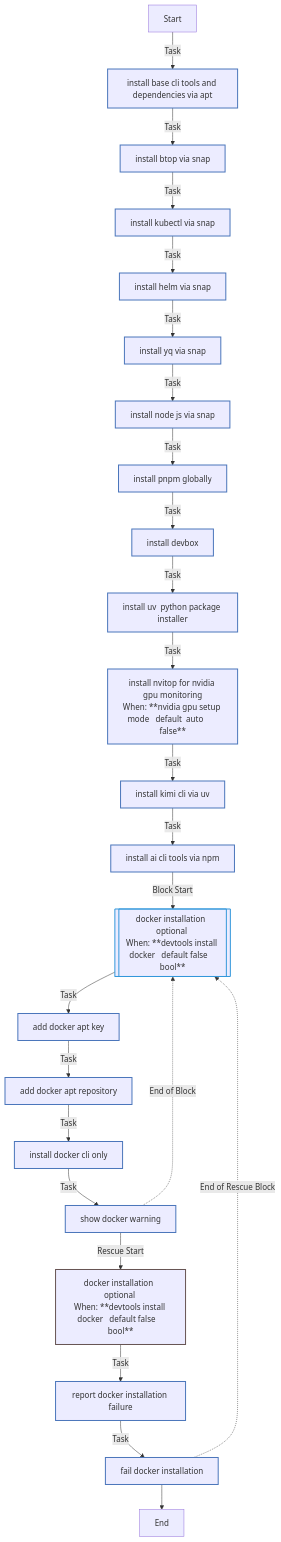
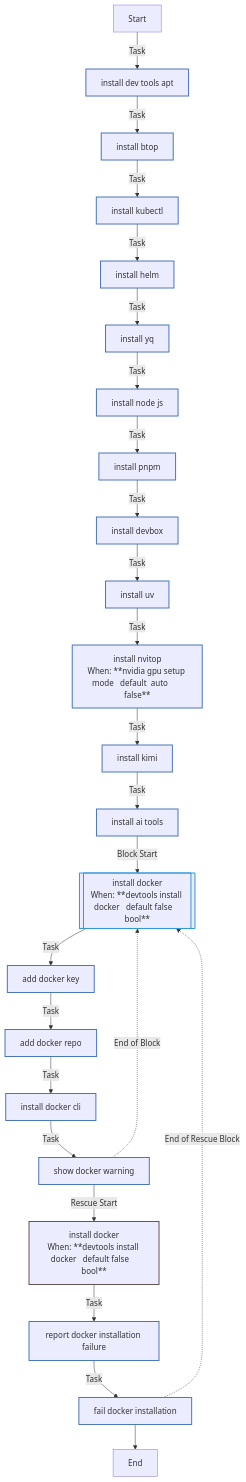
One commit to rou-cru/k3s-homelab changed the diagram in roles/developer_tools/README.md. Above: the diagram before and after it, drawn with Mermaid. The commit also changed other lines of this file and 16 other files, not shown here.

````diff
--- a/roles/developer_tools/README.md
+++ b/roles/developer_tools/README.md
@@ -100,36 +100,36 @@
 ```mermaid
 flowchart TD
 Start
 classDef block stroke:#3498db,stroke-width:2px;
 classDef task stroke:#4b76bb,stroke-width:2px;
 classDef includeTasks stroke:#16a085,stroke-width:2px;
 classDef importTasks stroke:#34495e,stroke-width:2px;
 classDef includeRole stroke:#2980b9,stroke-width:2px;
 classDef importRole stroke:#699ba7,stroke-width:2px;
 classDef includeVars stroke:#8e44ad,stroke-width:2px;
 classDef rescue stroke:#665352,stroke-width:2px;
 
-  Start-->|Task| Install_base_CLI_tools_and_dependencies_via_APT0[install base cli tools and dependencies via apt]:::task
-  Install_base_CLI_tools_and_dependencies_via_APT0-->|Task| Install_btop_via_snap1[install btop via snap]:::task
-  Install_btop_via_snap1-->|Task| Install_kubectl_via_snap2[install kubectl via snap]:::task
-  Install_kubectl_via_snap2-->|Task| Install_Helm_via_snap3[install helm via snap]:::task
-  Install_Helm_via_snap3-->|Task| Install_yq_via_snap4[install yq via snap]:::task
-  Install_yq_via_snap4-->|Task| Install_Node_js_via_snap5[install node js via snap]:::task
-  Install_Node_js_via_snap5-->|Task| Install_pnpm_globally6[install pnpm globally]:::task
-  Install_pnpm_globally6-->|Task| Install_Devbox7[install devbox]:::task
-  Install_Devbox7-->|Task| Install_uv__Python_package_installer_8[install uv  python package installer ]:::task
-  Install_uv__Python_package_installer_8-->|Task| Install_nvitop_for_NVIDIA_GPU_monitoring9[install nvitop for nvidia gpu monitoring<br>When: **nvidia gpu setup mode   default  auto       false**]:::task
-  Install_nvitop_for_NVIDIA_GPU_monitoring9-->|Task| Install_Kimi_CLI_via_uv10[install kimi cli via uv]:::task
-  Install_Kimi_CLI_via_uv10-->|Task| Install_AI_CLI_tools_via_npm11[install ai cli tools via npm]:::task
-  Install_AI_CLI_tools_via_npm11-->|Block Start| Docker_installation__optional_12_block_start_0[[docker installation  optional <br>When: **devtools install docker   default false    bool**]]:::block
-  Docker_installation__optional_12_block_start_0-->|Task| Add_Docker_APT_key0[add docker apt key]:::task
-  Add_Docker_APT_key0-->|Task| Add_Docker_APT_repository1[add docker apt repository]:::task
-  Add_Docker_APT_repository1-->|Task| Install_Docker_CLI_only2[install docker cli only]:::task
-  Install_Docker_CLI_only2-->|Task| Show_Docker_warning3[show docker warning]:::task
-  Show_Docker_warning3-.->|End of Block| Docker_installation__optional_12_block_start_0
-  Show_Docker_warning3-->|Rescue Start| Docker_installation__optional_12_rescue_start_0[docker installation  optional <br>When: **devtools install docker   default false    bool**]:::rescue
-  Docker_installation__optional_12_rescue_start_0-->|Task| Report_Docker_installation_failure0[report docker installation failure]:::task
+  Start-->|Task| Install_dev_tools__apt_0[install dev tools  apt ]:::task
+  Install_dev_tools__apt_0-->|Task| Install_btop1[install btop]:::task
+  Install_btop1-->|Task| Install_kubectl2[install kubectl]:::task
+  Install_kubectl2-->|Task| Install_Helm3[install helm]:::task
+  Install_Helm3-->|Task| Install_yq4[install yq]:::task
+  Install_yq4-->|Task| Install_Node_js5[install node js]:::task
+  Install_Node_js5-->|Task| Install_pnpm6[install pnpm]:::task
+  Install_pnpm6-->|Task| Install_Devbox7[install devbox]:::task
+  Install_Devbox7-->|Task| Install_uv8[install uv]:::task
+  Install_uv8-->|Task| Install_nvitop9[install nvitop<br>When: **nvidia gpu setup mode   default  auto       false**]:::task
+  Install_nvitop9-->|Task| Install_Kimi10[install kimi]:::task
+  Install_Kimi10-->|Task| Install_AI_tools11[install ai tools]:::task
+  Install_AI_tools11-->|Block Start| Install_Docker12_block_start_0[[install docker<br>When: **devtools install docker   default false    bool**]]:::block
+  Install_Docker12_block_start_0-->|Task| Add_Docker_key0[add docker key]:::task
+  Add_Docker_key0-->|Task| Add_Docker_repo1[add docker repo]:::task
+  Add_Docker_repo1-->|Task| Install_Docker_CLI2[install docker cli]:::task
+  Install_Docker_CLI2-->|Task| Show_Docker_warning3[show docker warning]:::task
+  Show_Docker_warning3-.->|End of Block| Install_Docker12_block_start_0
+  Show_Docker_warning3-->|Rescue Start| Install_Docker12_rescue_start_0[install docker<br>When: **devtools install docker   default false    bool**]:::rescue
+  Install_Docker12_rescue_start_0-->|Task| Report_Docker_installation_failure0[report docker installation failure]:::task
   Report_Docker_installation_failure0-->|Task| Fail_Docker_installation1[fail docker installation]:::task
-  Fail_Docker_installation1-.->|End of Rescue Block| Docker_installation__optional_12_block_start_0
+  Fail_Docker_installation1-.->|End of Rescue Block| Install_Docker12_block_start_0
   Fail_Docker_installation1-->End
 ```
````
